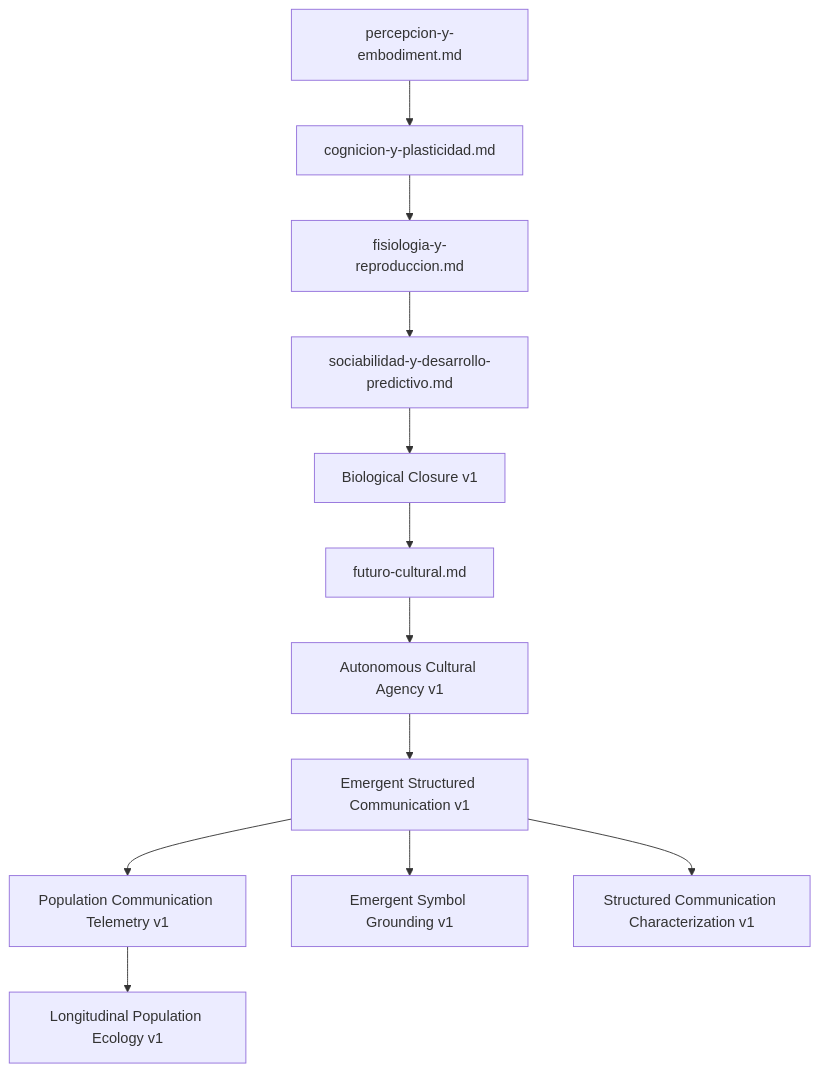
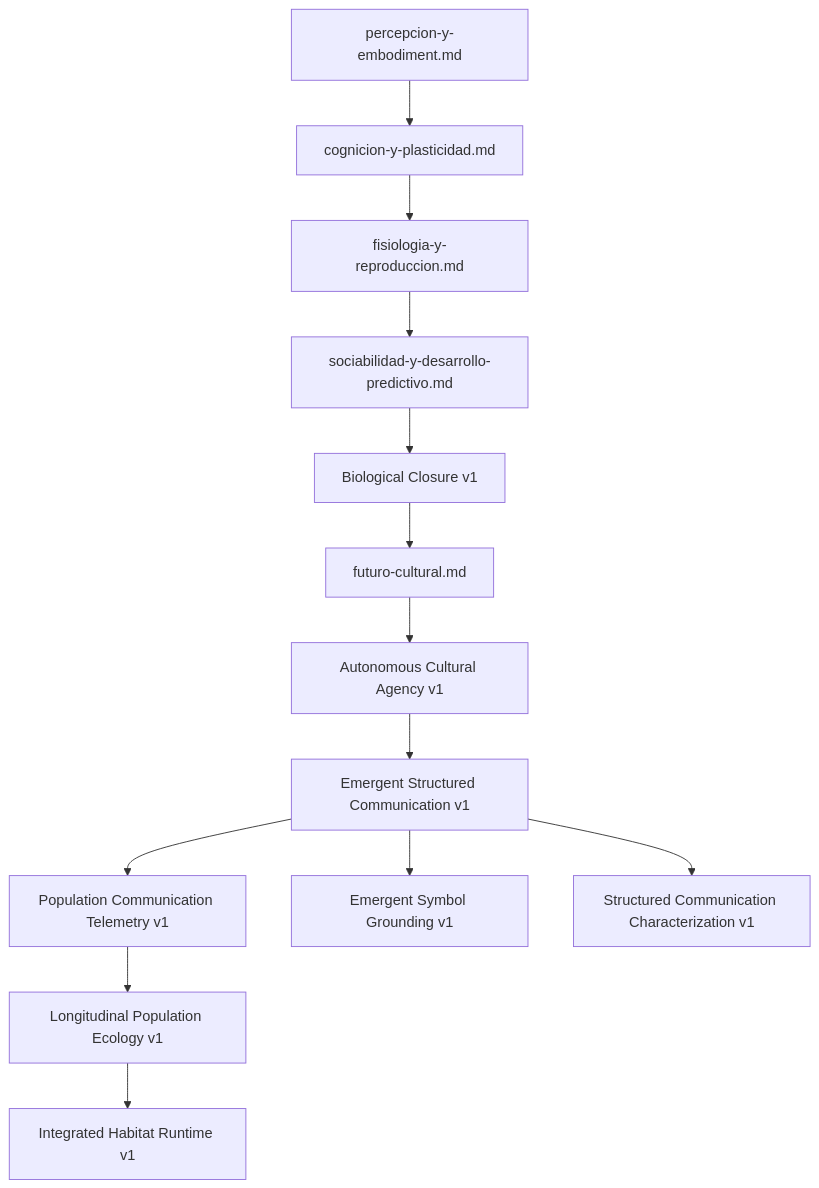
One commit to alessbarb/symbiont-lab changed the diagram in docs/design/README.md. Above: the diagram before and after it, drawn with Mermaid. The commit also changed other lines of this file and 8 other files, not shown here.

Commit message:
docs(research): record integrated habitat validation

````diff
--- a/docs/design/README.md
+++ b/docs/design/README.md
@@ -16,14 +16,15 @@
 ```mermaid
 flowchart TD
     PE["percepcion-y-embodiment.md"] --> CP["cognicion-y-plasticidad.md"]
     CP --> FR["fisiologia-y-reproduccion.md"]
     FR --> SD["sociabilidad-y-desarrollo-predictivo.md"]
     SD --> BC["Biological Closure v1"]
     BC --> FC["futuro-cultural.md"]
     FC --> ACA["Autonomous Cultural Agency v1"]
     ACA --> ESC["Emergent Structured Communication v1"]
     ESC --> PCT["Population Communication Telemetry v1"]
     PCT --> LPE["Longitudinal Population Ecology v1"]
+    LPE --> IHR["Integrated Habitat Runtime v1"]
     ESC --> ESG["Emergent Symbol Grounding v1"]
     ESC --> SCC["Structured Communication Characterization v1"]
 ```
````
